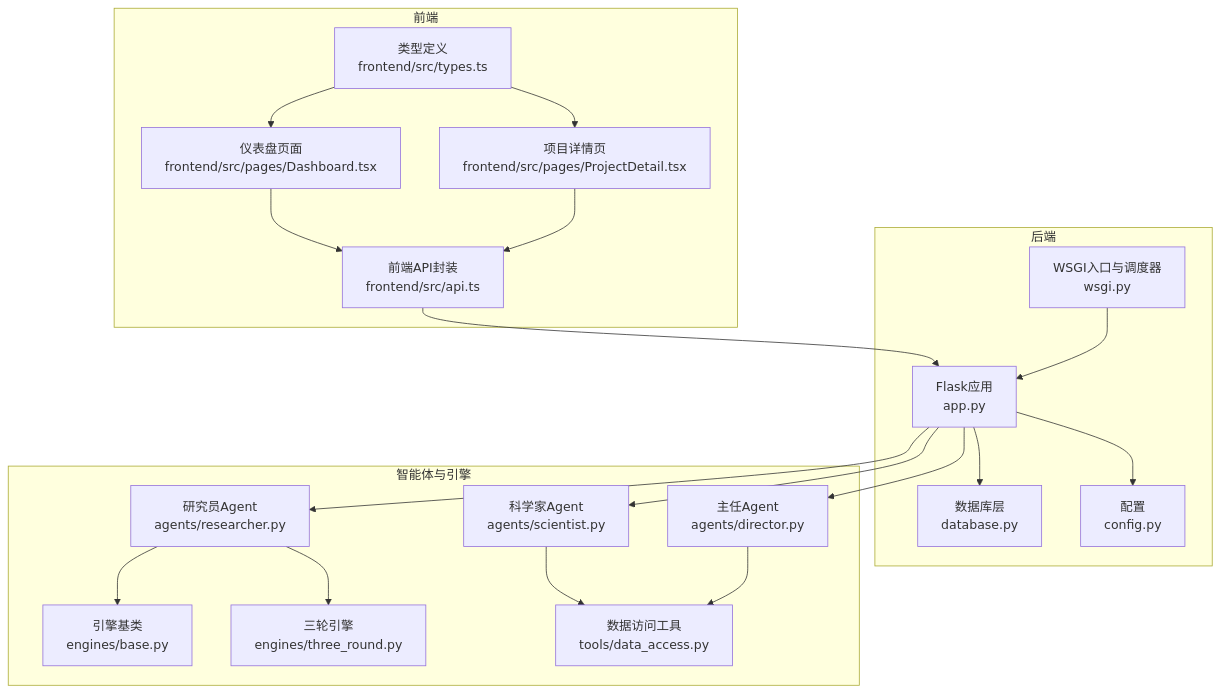
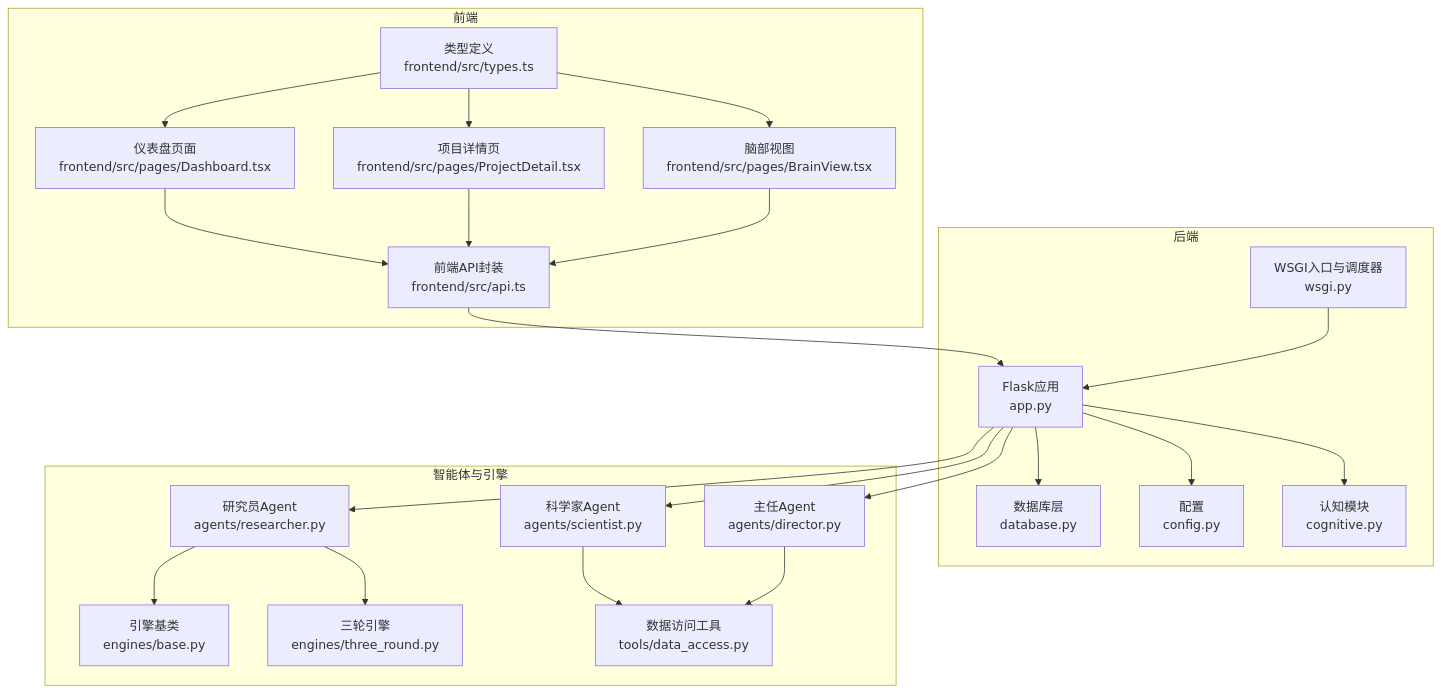
Before and after one commit to GDY-ai/ainstein: the first of 6 diagrams in .qoder/repowiki/zh/content/前端应用/API集成.md, drawn with Mermaid. The commit also changed other lines of this file and 47 other files, not shown here.

````diff
--- a/.qoder/repowiki/zh/content/前端应用/API集成.md
+++ b/.qoder/repowiki/zh/content/前端应用/API集成.md
@@ -50,38 +61,43 @@
 ```mermaid
 graph TB
 subgraph "前端"
 FE_API["前端API封装<br/>frontend/src/api.ts"]
 FE_TYPES["类型定义<br/>frontend/src/types.ts"]
 FE_DASH["仪表盘页面<br/>frontend/src/pages/Dashboard.tsx"]
 FE_DETAIL["项目详情页<br/>frontend/src/pages/ProjectDetail.tsx"]
+FE_BRAIN["脑部视图<br/>frontend/src/pages/BrainView.tsx"]
 end
 subgraph "后端"
 FLASK_APP["Flask应用<br/>app.py"]
 WSGI["WSGI入口与调度器<br/>wsgi.py"]
 DB["数据库层<br/>database.py"]
 CFG["配置<br/>config.py"]
+COG["认知模块<br/>cognitive.py"]
 end
 subgraph "智能体与引擎"
 ENG_BASE["引擎基类<br/>engines/base.py"]
 ENG_THREE["三轮引擎<br/>engines/three_round.py"]
 AG_RESEARCH["研究员Agent<br/>agents/researcher.py"]
 AG_SCI["科学家Agent<br/>agents/scientist.py"]
 AG_DIR["主任Agent<br/>agents/director.py"]
 TOOLS["数据访问工具<br/>tools/data_access.py"]
 end
 FE_API --> FLASK_APP
 FE_TYPES --> FE_DASH
 FE_TYPES --> FE_DETAIL
+FE_TYPES --> FE_BRAIN
 FE_DASH --> FE_API
 FE_DETAIL --> FE_API
+FE_BRAIN --> FE_API
 FLASK_APP --> DB
+FLASK_APP --> COG
 WSGI --> FLASK_APP
 FLASK_APP --> CFG
 FLASK_APP --> AG_RESEARCH
 FLASK_APP --> AG_SCI
 FLASK_APP --> AG_DIR
 AG_RESEARCH --> ENG_BASE
 AG_RESEARCH --> ENG_THREE
 AG_SCI --> TOOLS
 AG_DIR --> TOOLS
 ```
````
